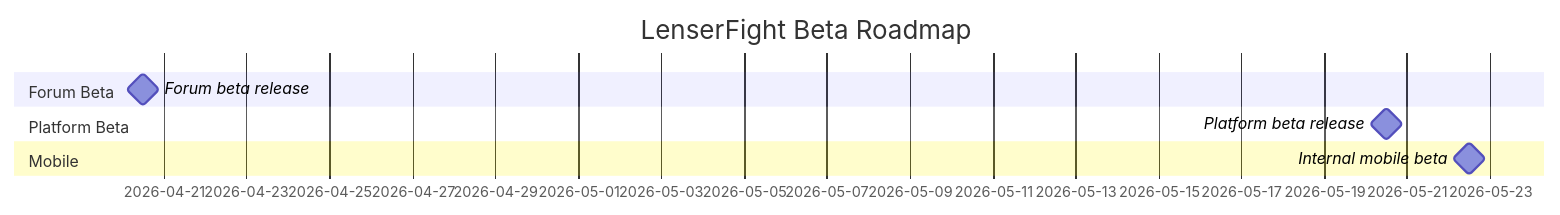
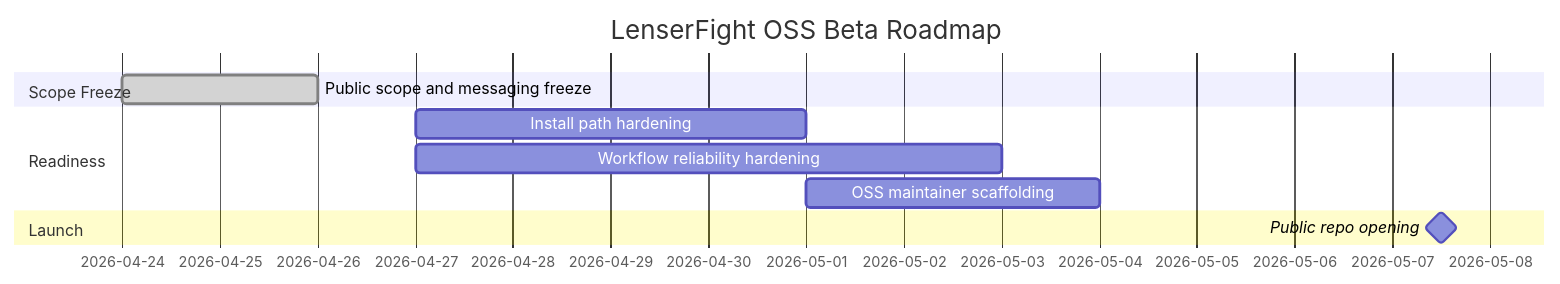
The diagram in docs/reference/platform-api/beta-roadmap.md (conectlens/lenserfight), drawn with Mermaid before and after one commit. The commit also changed other lines of this file and 19 other files, not shown here.

````diff
--- a/docs/reference/platform-api/beta-roadmap.md
+++ b/docs/reference/platform-api/beta-roadmap.md
@@ -35,14 +36,16 @@
 ```mermaid
 gantt
-title LenserFight Beta Roadmap
+title LenserFight OSS Beta Roadmap
 dateFormat  YYYY-MM-DD
 
-section Forum Beta
-Forum beta release   :milestone, m1, 2026-04-20, 1d
+section Scope Freeze
+Public scope and messaging freeze :done, a1, 2026-04-24, 2d
 
-section Platform Beta
-Platform beta release :milestone, m2, 2026-05-20, 1d
+section Readiness
+Install path hardening            :a2, 2026-04-27, 4d
+Workflow reliability hardening    :a3, 2026-04-27, 6d
+OSS maintainer scaffolding        :a4, 2026-05-01, 3d
 
-section Mobile
-Internal mobile beta :milestone, m3, 2026-05-22, 1d
+section Launch
+Public repo opening               :milestone, m1, 2026-05-07, 1d
 ```
````
